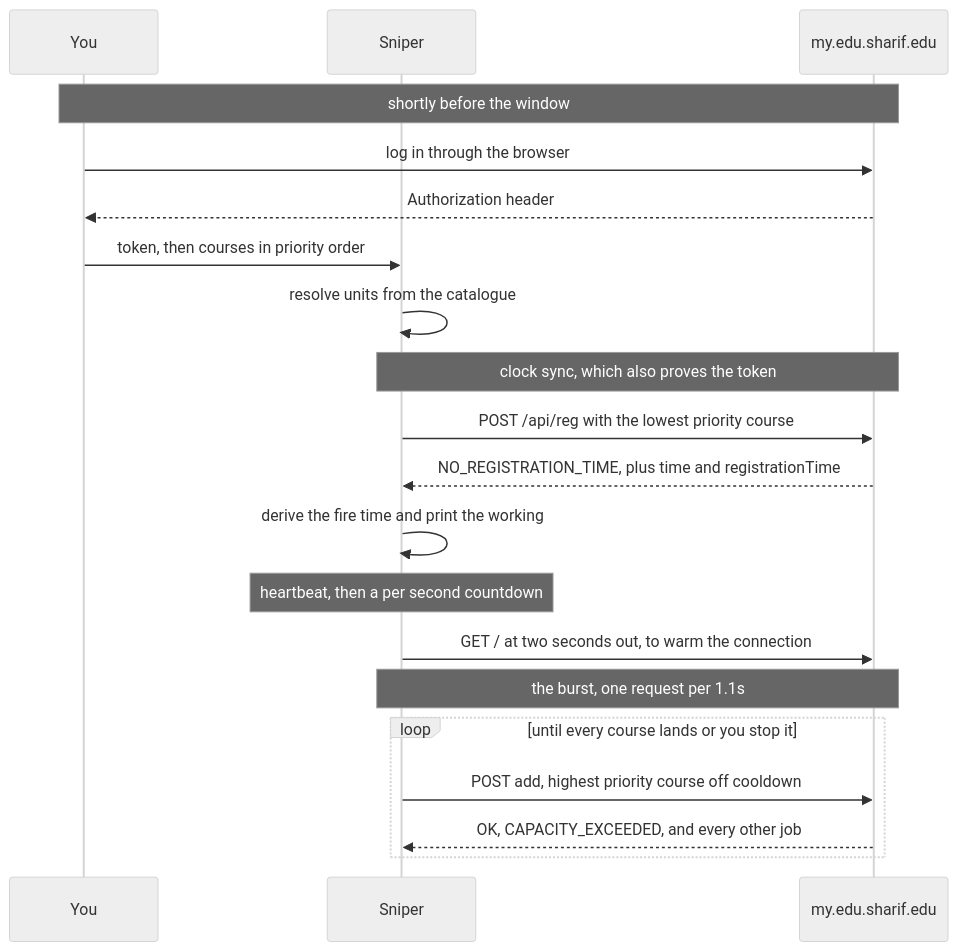
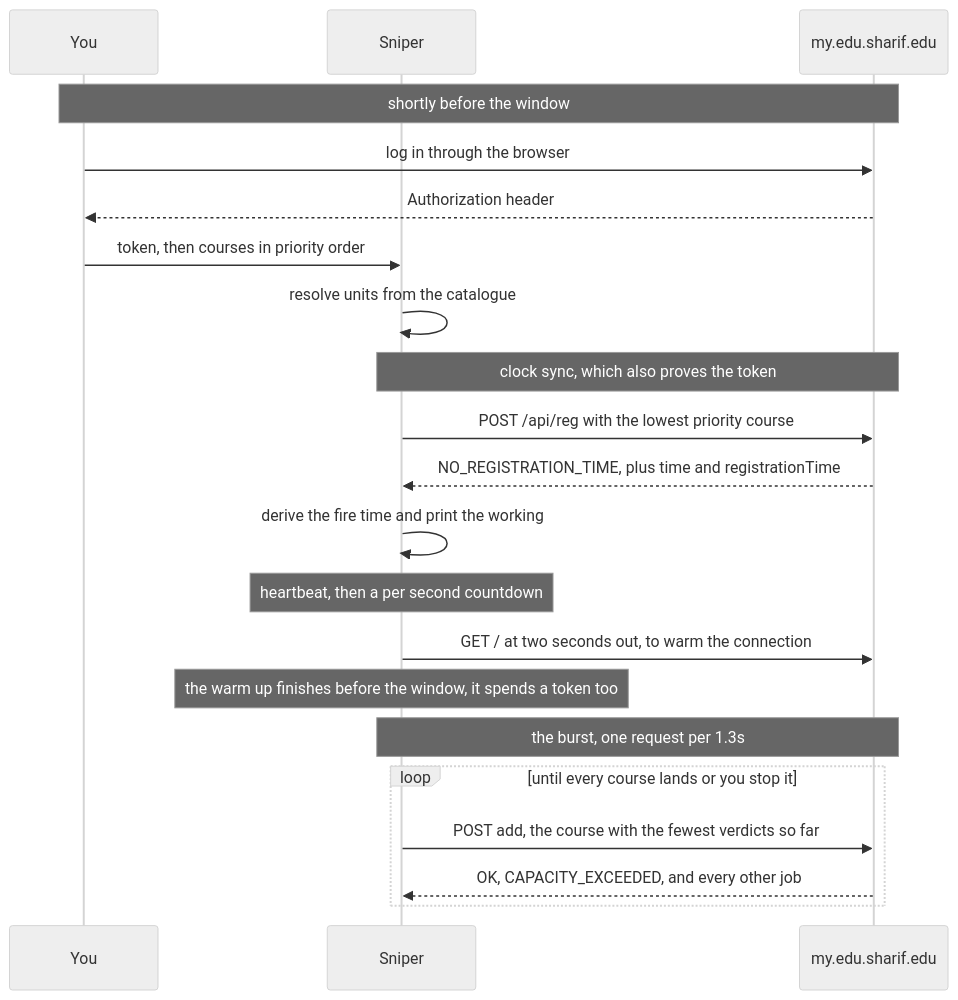
Before and after one commit to erfnzdeh/my.edu.sharif.edu-sniper: the second of 3 diagrams in README.md, drawn with Mermaid (neutral theme). The commit also changed other lines of this file and 2 other files, not shown here.

First line of the commit message:
Write down what the live window measured

````diff
--- a/README.md
+++ b/README.md
@@ -108,26 +108,27 @@
 ```mermaid
 sequenceDiagram
     participant U as You
     participant C as Sniper
     participant S as my.edu.sharif.edu
 
     Note over U,S: shortly before the window
     U->>S: log in through the browser
     S-->>U: Authorization header
     U->>C: token, then courses in priority order
     C->>C: resolve units from the catalogue
 
     Note over C,S: clock sync, which also proves the token
     C->>S: POST /api/reg with the lowest priority course
     S-->>C: NO_REGISTRATION_TIME, plus time and registrationTime
     C->>C: derive the fire time and print the working
 
     Note over C: heartbeat, then a per second countdown
     C->>S: GET / at two seconds out, to warm the connection
+    Note over C: the warm up finishes before the window, it spends a token too
 
-    Note over C,S: the burst, one request per 1.1s
+    Note over C,S: the burst, one request per 1.3s
     loop until every course lands or you stop it
-        C->>S: POST add, highest priority course off cooldown
+        C->>S: POST add, the course with the fewest verdicts so far
         S-->>C: OK, CAPACITY_EXCEEDED, and every other job
     end
 ```
````
